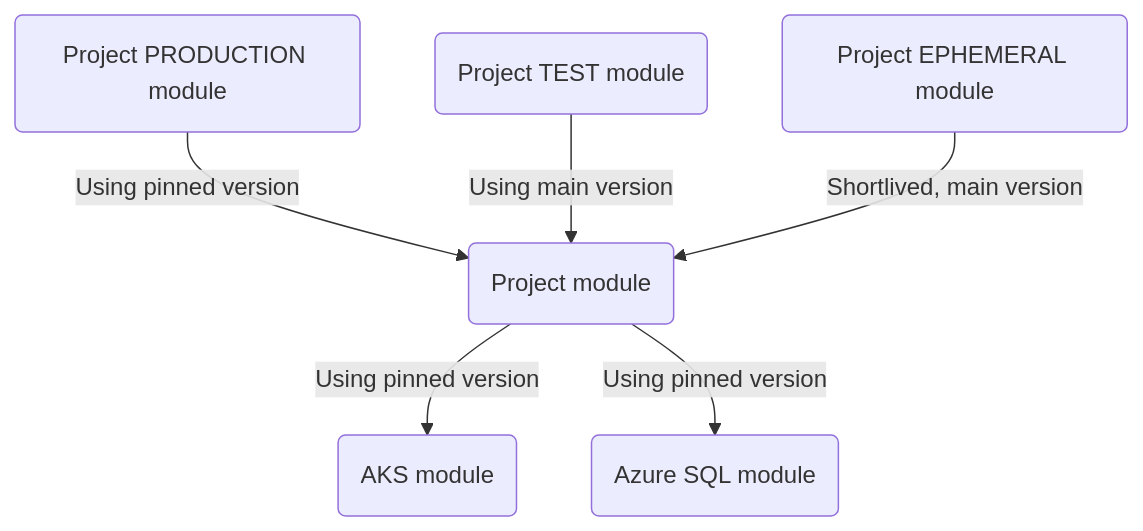
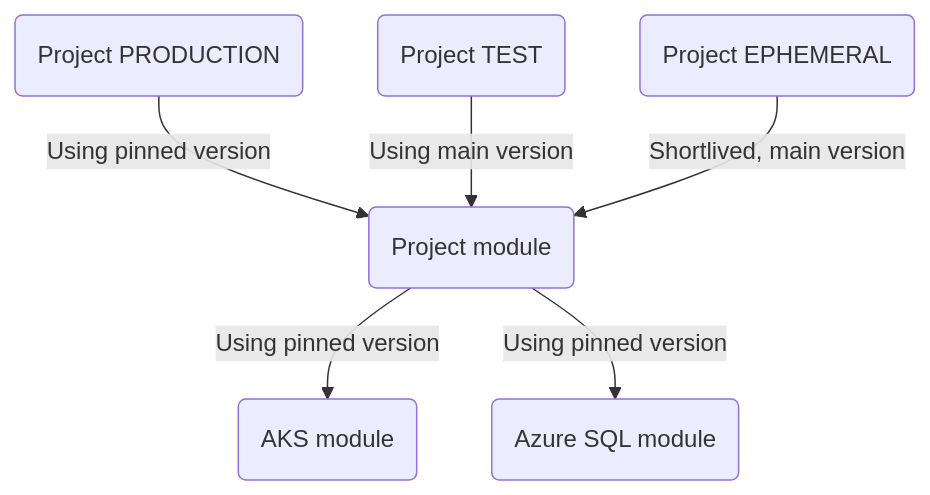
One commit to tomas-iac/docs changed the second of 5 diagrams in README.md. Above: the diagram before and after it, drawn with Mermaid. The commit also changed other lines of this file, not shown here.

````diff
--- a/README.md
+++ b/README.md
@@ -5,8 +50,8 @@
 ```mermaid
 graph TD;
-    project_prod(Project PRODUCTION module) -- Using pinned version --> project_module(Project module);
-    project_test(Project TEST module) -- Using main version --> project_module(Project module);
-    project_ephemeral(Project EPHEMERAL module) -- Shortlived, main version --> project_module(Project module);
+    project_prod(Project PRODUCTION) -- Using pinned version --> project_module(Project module);
+    project_test(Project TEST) -- Using main version --> project_module(Project module);
+    project_ephemeral(Project EPHEMERAL) -- Shortlived, main version --> project_module(Project module);
     project_module(Project module) -- Using pinned version --> aks_module(AKS module);
     project_module(Project module) -- Using pinned version --> sql_module(Azure SQL module);
 ```
````
